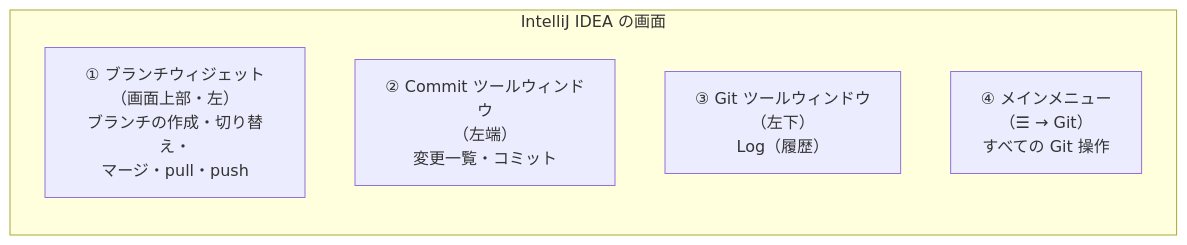
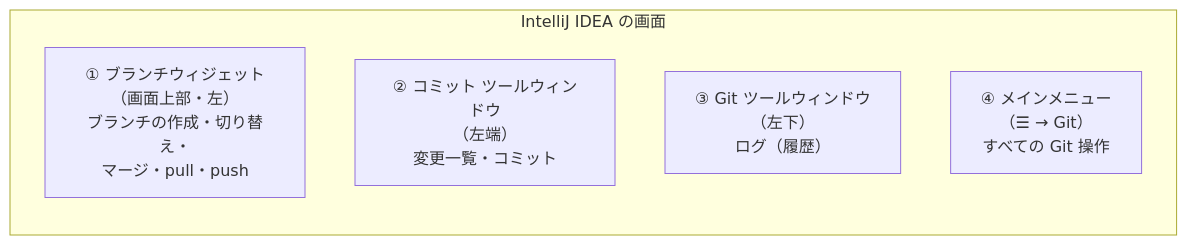
One commit to YTS0418/PRMN_SYSTEM_Lecture changed the diagram in 00_ドキュメント/Git/05_GUI_IntelliJ編.md. Above: the diagram before and after it, drawn with Mermaid. The commit also changed other lines of this file and 1 other file, not shown here.

````diff
--- a/00_ドキュメント/Git/05_GUI_IntelliJ編.md
+++ b/00_ドキュメント/Git/05_GUI_IntelliJ編.md
@@ -37,10 +38,10 @@
 ```mermaid
 flowchart LR
     subgraph IJ["IntelliJ IDEA の画面"]
         direction TB
         A["① ブランチウィジェット<br>（画面上部・左）<br>ブランチの作成・切り替え・<br>マージ・pull・push"]
-        B["② Commit ツールウィンドウ<br>（左端）<br>変更一覧・コミット"]
-        C["③ Git ツールウィンドウ<br>（左下）<br>Log（履歴）"]
+        B["② コミット ツールウィンドウ<br>（左端）<br>変更一覧・コミット"]
+        C["③ Git ツールウィンドウ<br>（左下）<br>ログ（履歴）"]
         D["④ メインメニュー<br>（☰ → Git）<br>すべての Git 操作"]
     end
 ```
````
